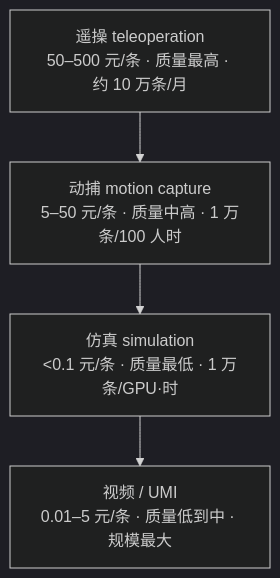
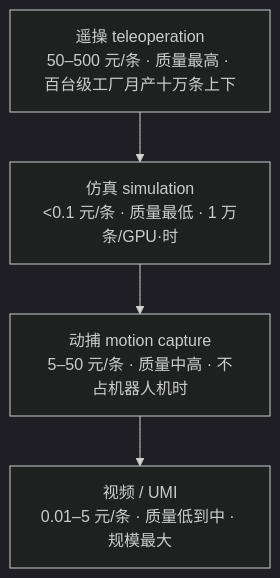
One commit to A1pha3/text-matrix changed the diagram in content/posts/video/embodied-ai-data-pyramid-2026.md. Above: the diagram before and after it, drawn with Mermaid (dark theme). The commit also changed other lines of this file and 53 other files, not shown here.

````diff
--- a/content/posts/video/embodied-ai-data-pyramid-2026.md
+++ b/content/posts/video/embodied-ai-data-pyramid-2026.md
@@ -123,8 +124,8 @@
 ```mermaid
 flowchart TB
-    T["遥操 teleoperation<br/>50–500 元/条 · 质量最高 · 约 10 万条/月"]
-    MC["动捕 motion capture<br/>5–50 元/条 · 质量中高 · 1 万条/100 人时"]
+    T["遥操 teleoperation<br/>50–500 元/条 · 质量最高 · 百台级工厂月产十万条上下"]
     S["仿真 simulation<br/><0.1 元/条 · 质量最低 · 1 万条/GPU·时"]
+    MC["动捕 motion capture<br/>5–50 元/条 · 质量中高 · 不占机器人机时"]
     V["视频 / UMI<br/>0.01–5 元/条 · 质量低到中 · 规模最大"]
-    T --> MC --> S --> V
+    T --> S --> MC --> V
 ```
````
